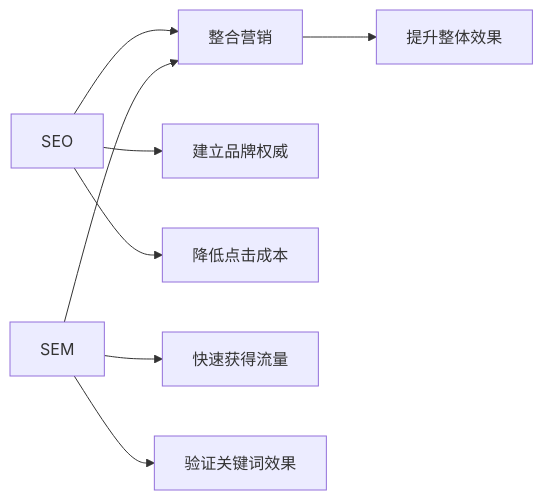
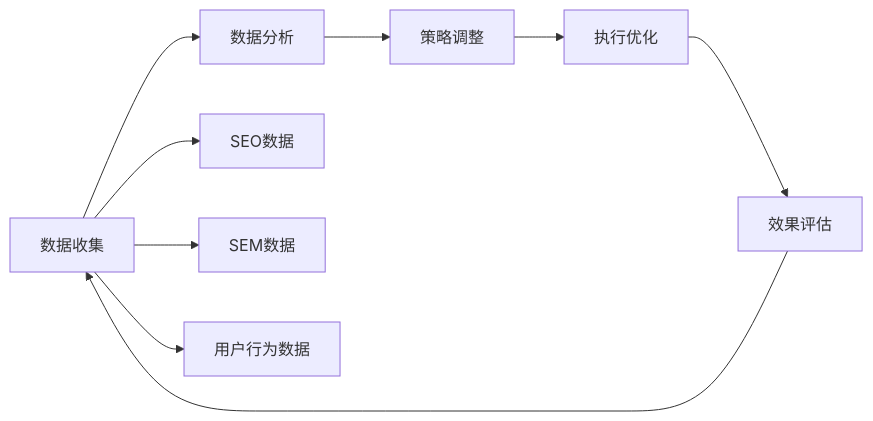
One commit to Anping2017/obsidian changed the fifth of 6 diagrams in Google SEO/01-认知层-基础概念/1.1-SEO基础/04-SEO与SEM关系.md. Above: the diagram before and after it, drawn with Mermaid. The commit also changed other lines of this file and 75 other files, not shown here.

````diff
--- a/Google SEO/01-认知层-基础概念/1.1-SEO基础/04-SEO与SEM关系.md
+++ b/Google SEO/01-认知层-基础概念/1.1-SEO基础/04-SEO与SEM关系.md
@@ -161,11 +147,12 @@
 ```mermaid
 graph LR
-    A[SEO] --> C[整合营销]
-    B[SEM] --> C
-    C --> D[提升整体效果]
+    A[数据收集] --> B[数据分析]
+    B --> C[策略调整]
+    C --> D[执行优化]
+    D --> E[效果评估]
+    E --> A
     
-    A --> A1[建立品牌权威]
-    A --> A2[降低点击成本]
-    B --> B1[快速获得流量]
-    B --> B2[验证关键词效果]
+    A --> A1[SEO数据]
+    A --> A2[SEM数据]
+    A --> A3[用户行为数据]
 ```
````
